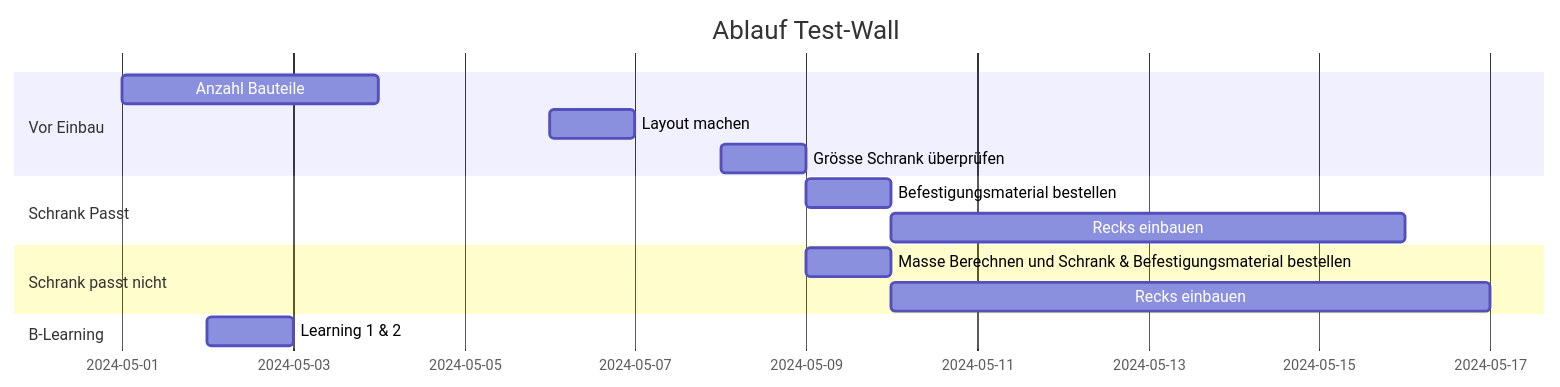
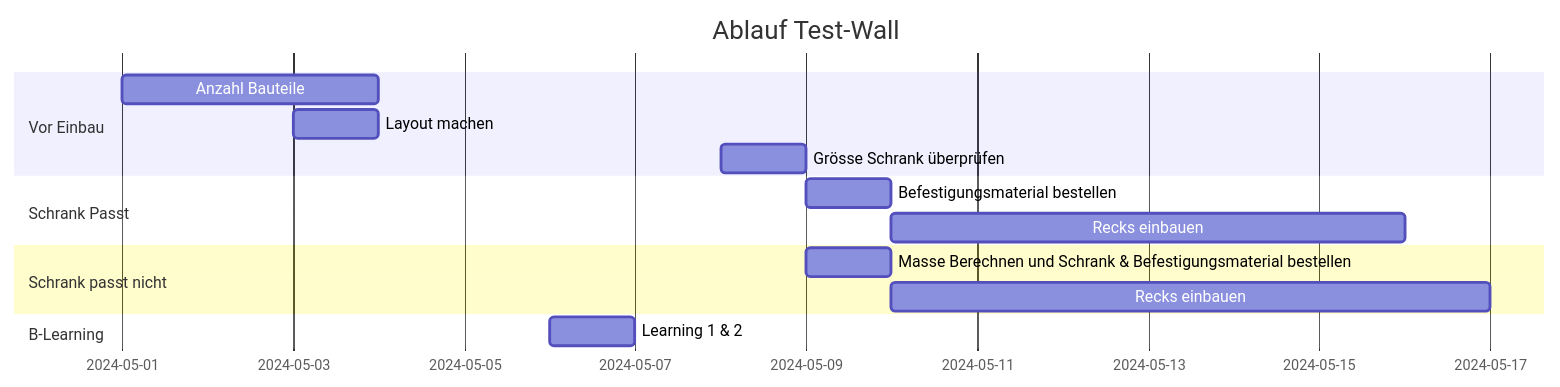
The diagram in Ablauf_Test-Wall.mmd (BenZiep/BenZiep), drawn with Mermaid before and after one commit.

```diff
--- a/Ablauf_Test-Wall.mmd
+++ b/Ablauf_Test-Wall.mmd
@@ -1,15 +1,15 @@
 gantt
     title Ablauf Test-Wall
     dateFormat  YYYY-MM-DD
     section Vor Einbau
     Anzahl Bauteile           :a1, 2024-05-01, 3d
-    Layout machen     :a2, 2024-05-06  , 1d
+    Layout machen     :a2, 2024-05-03  , 1d
     Grösse Schrank überprüfen :a3, 2024-05-08, 1d
     section Schrank Passt
     Befestigungsmaterial bestellen      :b1, 2024-05-09 , 1d
     Recks einbauen      :after b1, 6d
     section Schrank passt nicht
     Masse Berechnen und Schrank & Befestigungsmaterial bestellen :after a3, 1d
     Recks einbauen :c1, after b1, 7d
     section B-Learning
-    Learning 1 & 2 :d1, 2024-05-02, 1d
+    Learning 1 & 2 :d1, 2024-05-06, 1d
```
